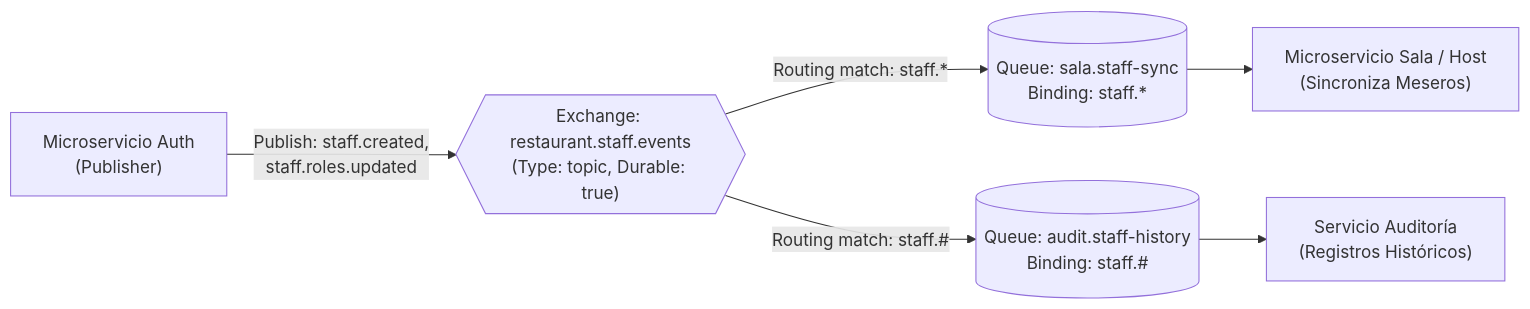
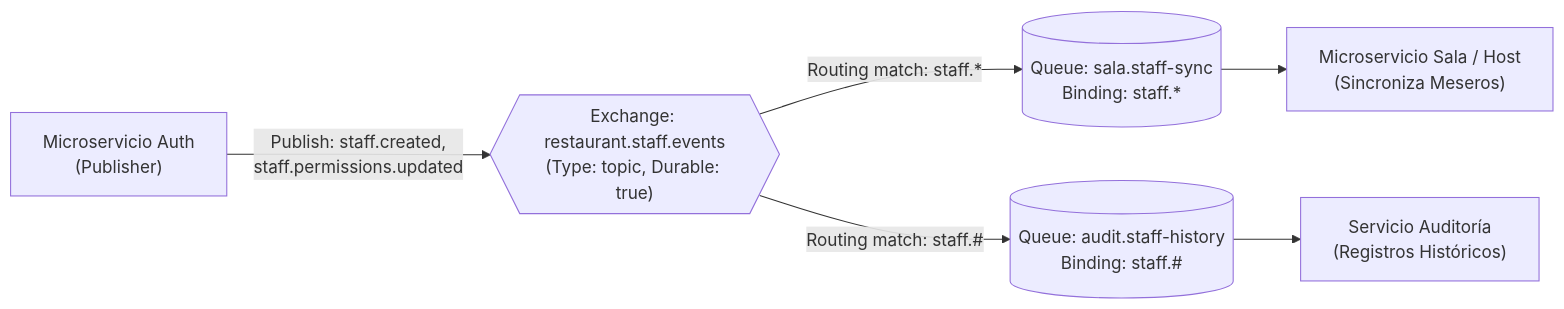
The diagram in output/ers/configuration.md (FMAT-Restaurant/Auth-Documentation), drawn with Mermaid before and after one commit. The commit also changed 9 other files, not shown here.

````diff
--- a/output/ers/configuration.md
+++ b/output/ers/configuration.md
@@ -46,15 +46,15 @@
 ```mermaid
 flowchart LR
     Producer["Microservicio Auth<br/>(Publisher)"]
     Exchange{{"Exchange: restaurant.staff.events<br/>(Type: topic, Durable: true)"}}
     QueueSala[("Queue: sala.staff-sync<br/>Binding: staff.*")]
     QueueAudit[("Queue: audit.staff-history<br/>Binding: staff.#")]
     ConsumerSala["Microservicio Sala / Host<br/>(Sincroniza Meseros)"]
     ConsumerAudit["Servicio Auditoría<br/>(Registros Históricos)"]
 
-    Producer -->|"Publish: staff.created,<br/>staff.roles.updated"| Exchange
+    Producer -->|"Publish: staff.created,<br/>staff.permissions.updated"| Exchange
     Exchange -->|"Routing match: staff.*"| QueueSala
     Exchange -->|"Routing match: staff.#"| QueueAudit
     QueueSala --> ConsumerSala
     QueueAudit --> ConsumerAudit
 ```
````
